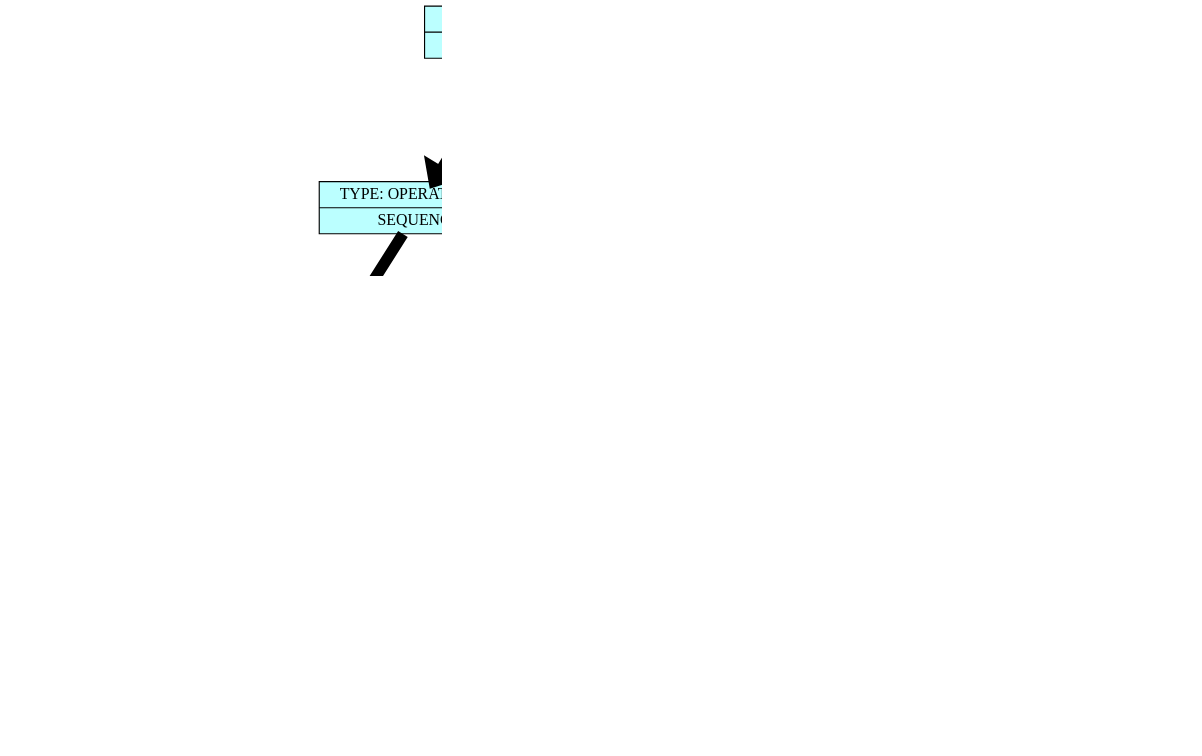
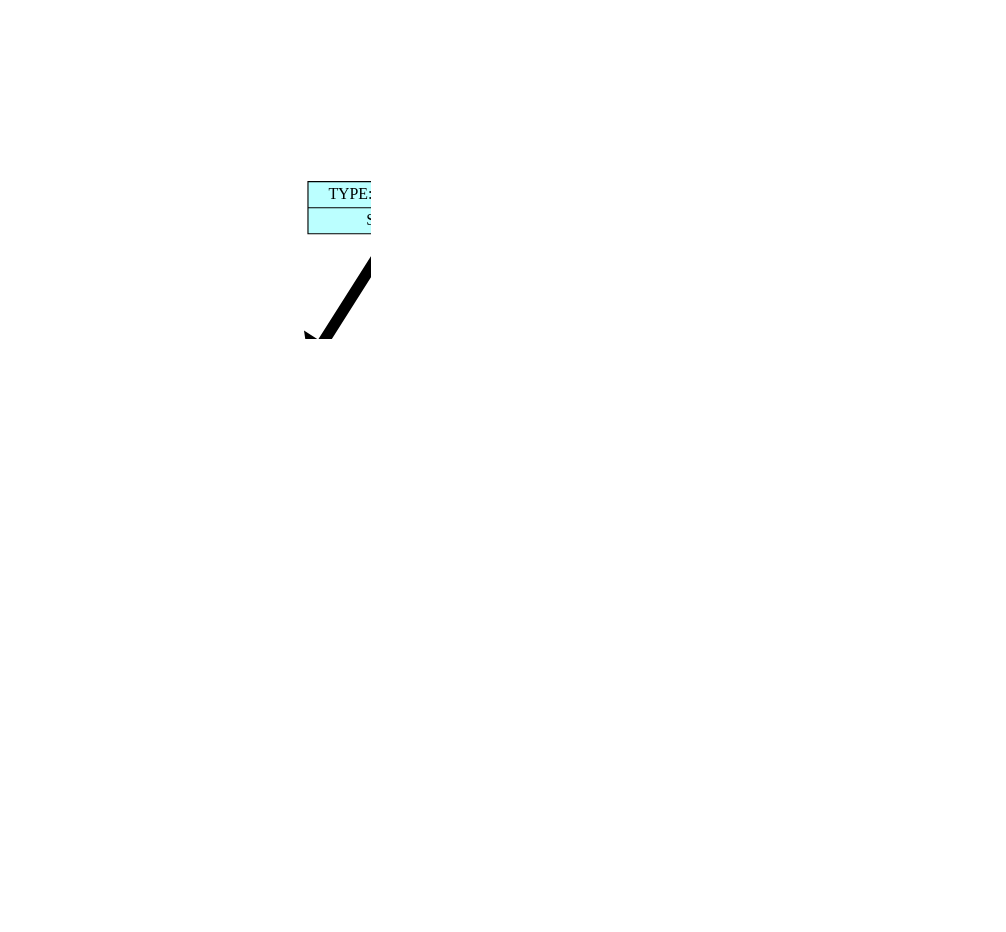
Before and after one commit to Troll0ton/Trollanguage: the diagram in frontend/dump/list_graph.dot, drawn with Graphviz. The commit also changed 23 other files, not shown here.

```diff
--- a/frontend/dump/list_graph.dot
+++ b/frontend/dump/list_graph.dot
@@ -1,50 +1,44 @@
 digraph structs {    
 rankdir = TB;        
 graph [dpi = 200];   
 ranksep = 1.5;       
 edge[penwidth = 10]; 
 cell0 [style = filled, color = black, shape=record, 
 fillcolor = paleturquoise1, label = " { <ptr> TYPE: OPERATION (0) | SEQUENCE} " ];                         
 cell1 [style = filled, color = black, shape=record, 
 fillcolor = paleturquoise1, label = " { <ptr> TYPE: OPERATION (0) | SEQUENCE} " ];                         
 cell2 [style = filled, color = black, shape=record, 
 fillcolor = paleturquoise1, label = " { <ptr> TYPE: OPERATION (0) | ASSIGNMENT} " ];                         
 cell3 [style = filled, color = black, shape=record, 
 fillcolor = darkolivegreen2, label = " { <ptr> TYPE: VARIABLE (4) | x} " ];                         
 cell4 [style = filled, color = black, shape=record, 
+fillcolor = coral2, label = " { <ptr> TYPE: NUMERIC (4) | 5} " ];                         
+cell5 [style = filled, color = black, shape=record, 
+fillcolor = paleturquoise1, label = " { <ptr> TYPE: OPERATION (0) | WHILE} " ];                         
+cell6 [style = filled, color = black, shape=record, 
+fillcolor = darkolivegreen2, label = " { <ptr> TYPE: VARIABLE (4) | x} " ];                         
+cell7 [style = filled, color = black, shape=record, 
+fillcolor = paleturquoise1, label = " { <ptr> TYPE: OPERATION (0) | ASSIGNMENT} " ];                         
+cell8 [style = filled, color = black, shape=record, 
+fillcolor = darkolivegreen2, label = " { <ptr> TYPE: VARIABLE (4) | x} " ];                         
+cell9 [style = filled, color = black, shape=record, 
 fillcolor = paleturquoise1, label = " { <ptr> TYPE: OPERATION (1) | -} " ];                         
-cell5 [style = filled, color = black, shape=record, 
-fillcolor = coral2, label = " { <ptr> TYPE: NUMERIC (4) | 300} " ];                         
-cell6 [style = filled, color = black, shape=record, 
-fillcolor = coral2, label = " { <ptr> TYPE: NUMERIC (4) | 100} " ];                         
-cell7 [style = filled, color = black, shape=record, 
-fillcolor = paleturquoise1, label = " { <ptr> TYPE: OPERATION (0) | IF} " ];                         
-cell8 [style = filled, color = black, shape=record, 
-fillcolor = paleturquoise1, label = " { <ptr> TYPE: OPERATION (1) | -} " ];                         
-cell9 [style = filled, color = black, shape=record, 
+cell10 [style = filled, color = black, shape=record, 
 fillcolor = darkolivegreen2, label = " { <ptr> TYPE: VARIABLE (4) | x} " ];                         
-cell10 [style = filled, color = black, shape=record, 
-fillcolor = coral2, label = " { <ptr> TYPE: NUMERIC (4) | 200} " ];                         
 cell11 [style = filled, color = black, shape=record, 
-fillcolor = paleturquoise1, label = " { <ptr> TYPE: OPERATION (0) | ASSIGNMENT} " ];                         
+fillcolor = coral2, label = " { <ptr> TYPE: NUMERIC (4) | 1} " ];                         
 cell12 [style = filled, color = black, shape=record, 
-fillcolor = darkolivegreen2, label = " { <ptr> TYPE: VARIABLE (4) | y} " ];                         
-cell13 [style = filled, color = black, shape=record, 
-fillcolor = coral2, label = " { <ptr> TYPE: NUMERIC (4) | 159} " ];                         
-cell14 [style = filled, color = black, shape=record, 
-fillcolor = darkolivegreen2, label = " { <ptr> TYPE: VARIABLE (4) | y} " ];                         
+fillcolor = darkolivegreen2, label = " { <ptr> TYPE: VARIABLE (4) | x} " ];                         
 cell0 -> cell1;
 cell1 -> cell2;
 cell2 -> cell3;
 cell2 -> cell4;
-cell4 -> cell5;
-cell4 -> cell6;
-cell1 -> cell7;
+cell1 -> cell5;
+cell5 -> cell6;
+cell5 -> cell7;
 cell7 -> cell8;
-cell8 -> cell9;
-cell8 -> cell10;
-cell7 -> cell11;
-cell11 -> cell12;
-cell11 -> cell13;
-cell0 -> cell14;
+cell7 -> cell9;
+cell9 -> cell10;
+cell9 -> cell11;
+cell0 -> cell12;
 }
```
